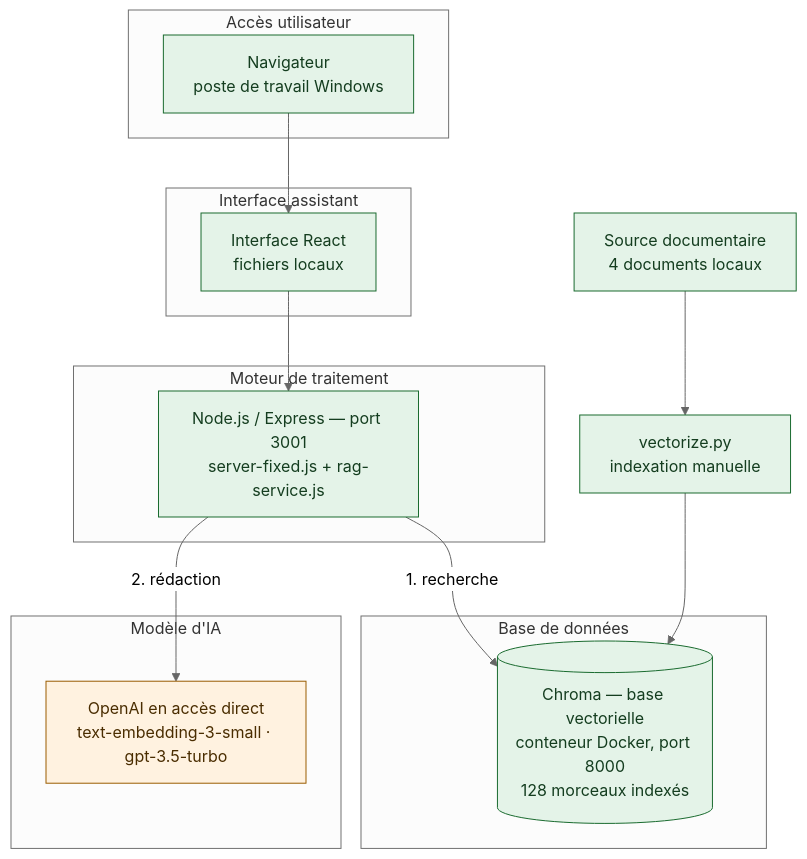
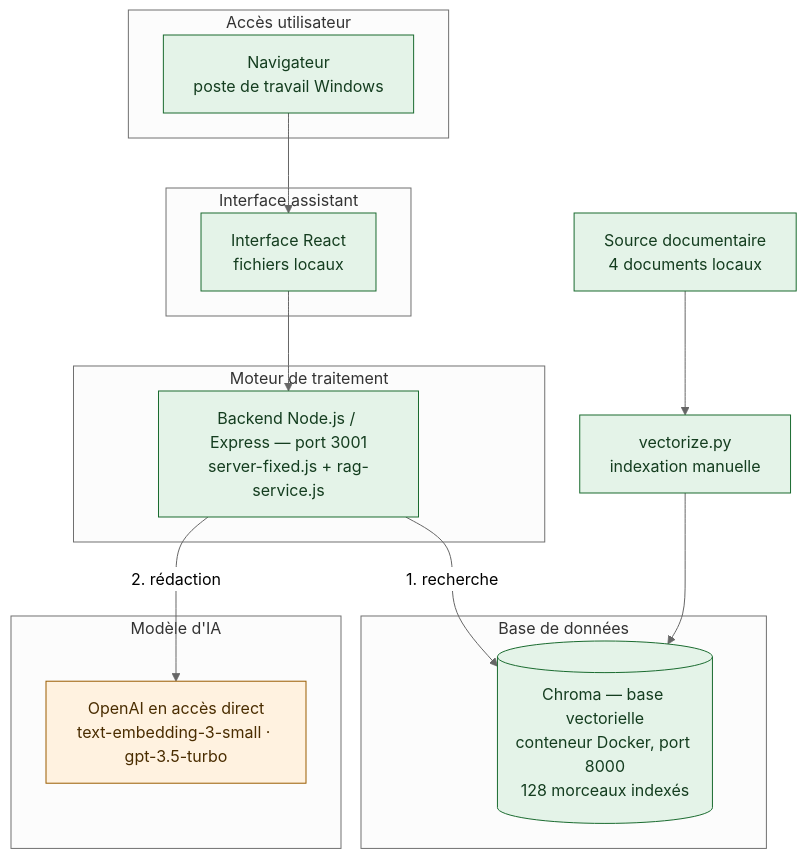
Before and after one commit to margotmc-web/Chatbot_PPV_BC07: the first of 3 diagrams in 12bis-diagramme-deploiement.md, drawn with Mermaid (neutral theme). The commit also changed other lines of this file, not shown here.

````diff
--- a/12bis-diagramme-deploiement.md
+++ b/12bis-diagramme-deploiement.md
@@ -15,31 +21,31 @@
 ```mermaid
 flowchart TB
     subgraph ACC["Accès utilisateur"]
         A1["Navigateur<br/>poste de travail Windows"]
     end
     subgraph INT["Interface assistant"]
         B1["Interface React<br/>fichiers locaux"]
     end
     subgraph MOT["Moteur de traitement"]
-        C1["Node.js / Express — port 3001<br/>server-fixed.js + rag-service.js"]
+        C1["Backend Node.js / Express — port 3001<br/>server-fixed.js + rag-service.js"]
     end
     subgraph BDD["Base de données"]
         D1[("Chroma — base vectorielle<br/>conteneur Docker, port 8000<br/>128 morceaux indexés")]
     end
     subgraph IA["Modèle d'IA"]
         E1["OpenAI en accès direct<br/>text-embedding-3-small · gpt-3.5-turbo"]
     end
 
     SRC["Source documentaire<br/>4 documents locaux"]
     IDX["vectorize.py<br/>indexation manuelle"]
 
     A1 --> B1 --> C1
     C1 -->|1. recherche| D1
     C1 -->|2. rédaction| E1
     SRC --> IDX --> D1
 
     classDef ok fill:#e4f3e8,stroke:#1a6b2f,color:#143d1f;
     classDef ext fill:#fff2e0,stroke:#9a5c00,color:#4a2d00;
     class A1,B1,C1,D1,SRC,IDX ok
     class E1 ext
 ```
````
